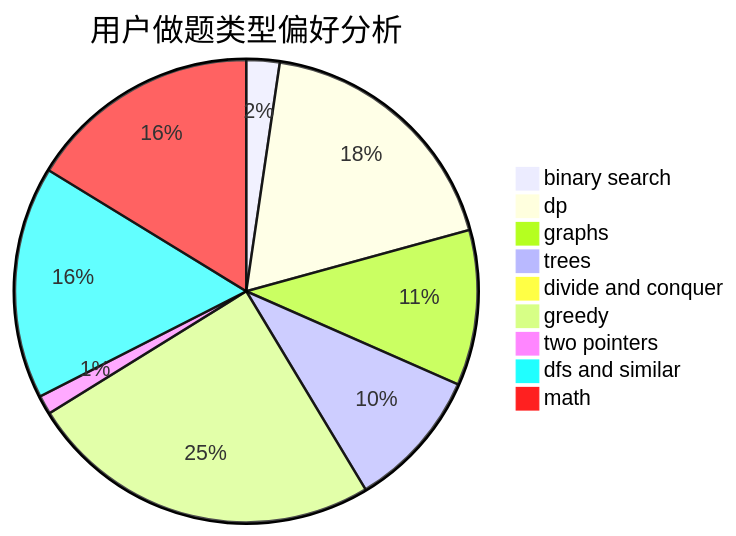
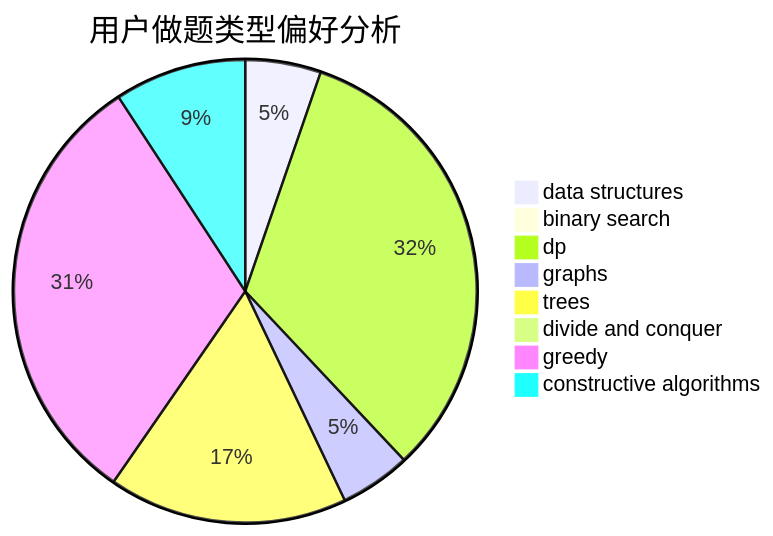
One commit to sherpahu/cfrs.github.io changed the second of 3 diagrams in docs/user/u603.md. Above: the diagram before and after it, drawn with Mermaid. The commit also changed other lines of this file and 2775 other files, not shown here.

````diff
--- a/docs/user/u603.md
+++ b/docs/user/u603.md
@@ -23,12 +23,11 @@
 ```mermaid
 pie title 用户做题类型偏好分析
-    "binary search" :  28
-    "dp" :  222
-    "graphs" :  131
-    "trees" :  118
-    "divide and conquer" :  1
-    "greedy" :  299
-    "two pointers" :  16
-    "dfs and similar" :  196
-    "math" :  196
+    "data structures" :  31
+    "binary search" :  5
+    "dp" :  192
+    "graphs" :  29
+    "trees" :  98
+    "divide and conquer" :  0
+    "greedy" :  183
+    "constructive algorithms" :  54
 ```
````
